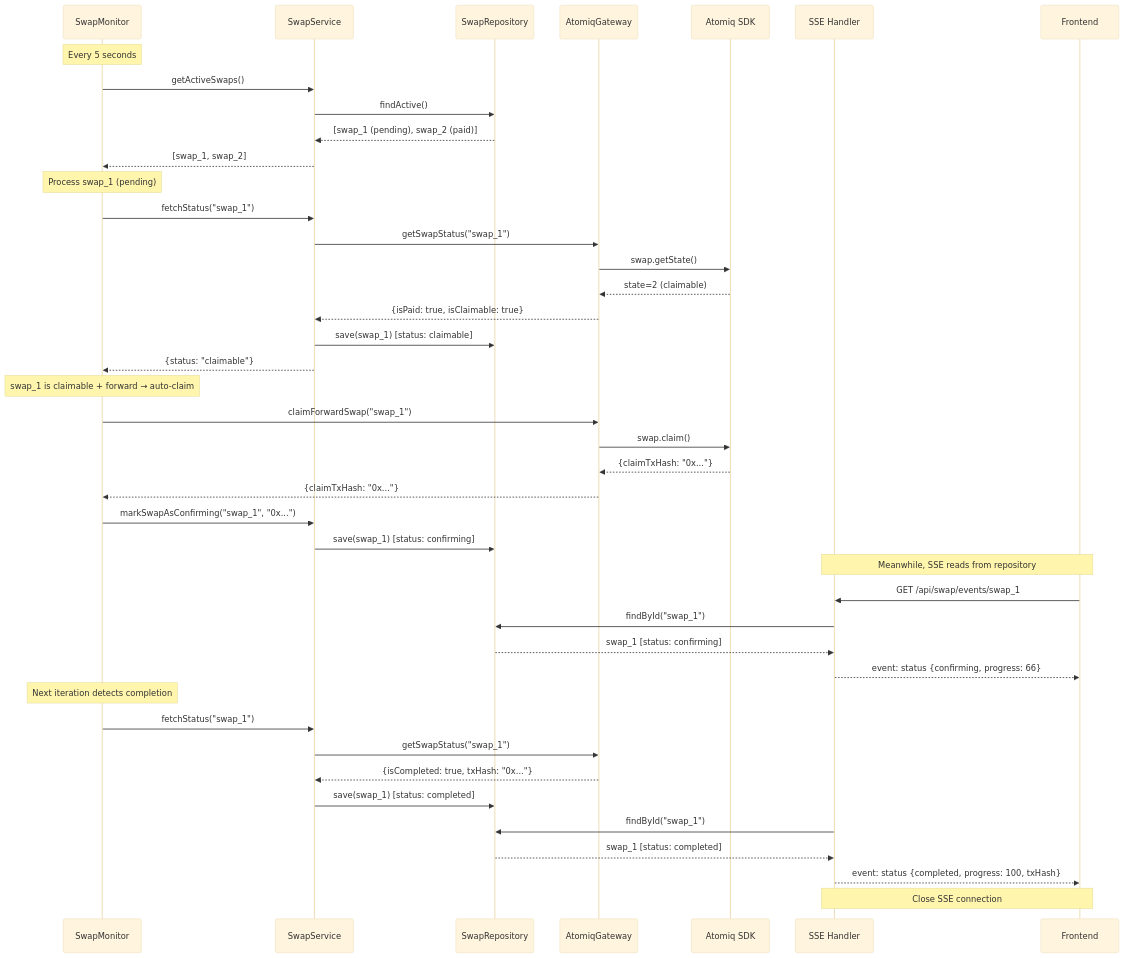
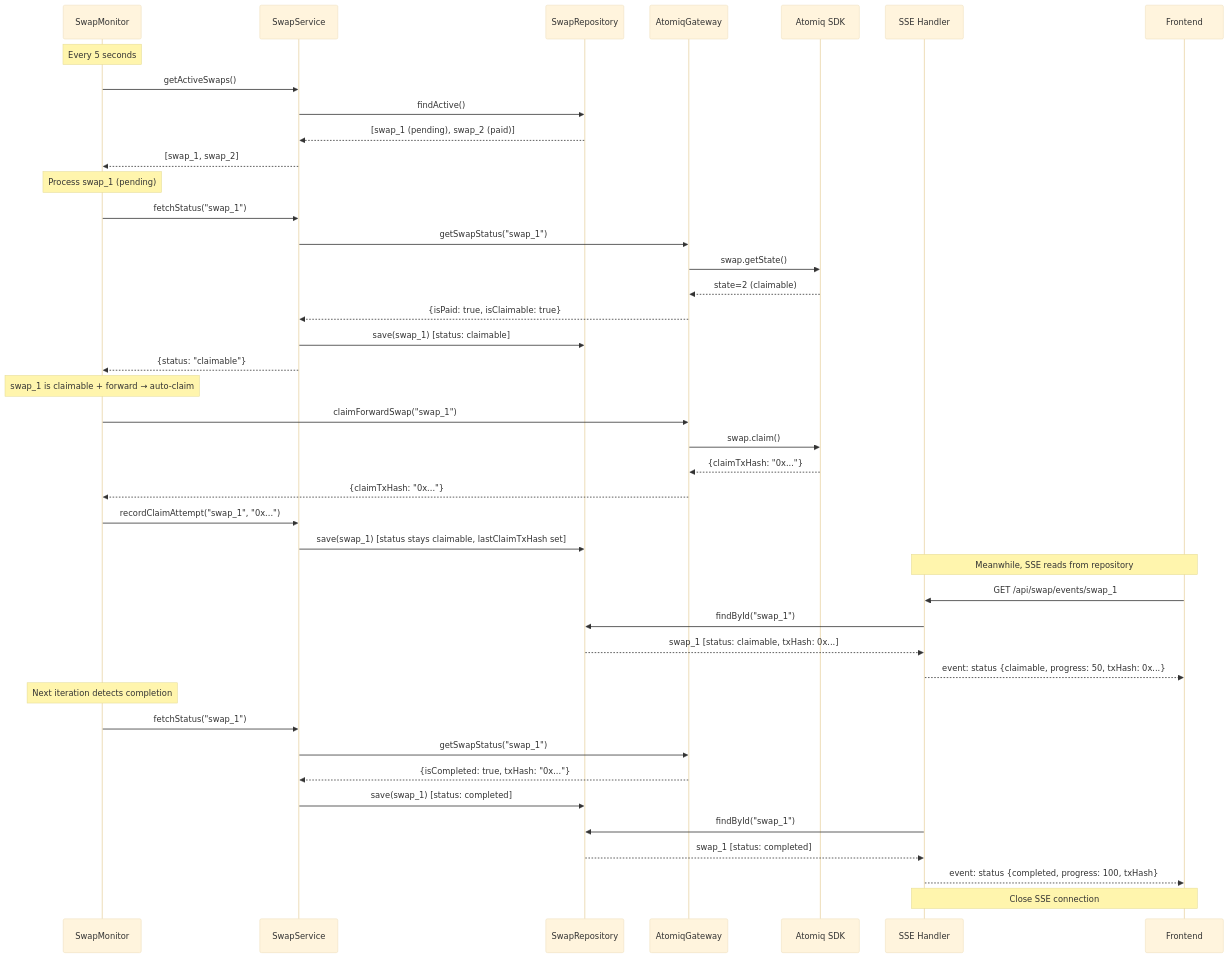
The diagram in doc/flow/swap-monitor.md (bitcoin-is-money/bim-app), drawn with Mermaid (base theme) before and after one commit. The commit also changed other lines of this file and 22 other files, not shown here.

First line of the commit message:
refactor(swap): remove BIM-only 'confirming' state, Atomiq is single source of truth

````diff
--- a/doc/flow/swap-monitor.md
+++ b/doc/flow/swap-monitor.md
@@ -266,51 +268,51 @@
 ```mermaid
 sequenceDiagram
     participant Monitor as SwapMonitor
     participant Service as SwapService
     participant Repo as SwapRepository
     participant Gateway as AtomiqGateway
     participant SDK as Atomiq SDK
     participant SSE as SSE Handler
     participant Client as Frontend
 
     Note over Monitor: Every 5 seconds
 
     Monitor->>Service: getActiveSwaps()
     Service->>Repo: findActive()
     Repo-->>Service: [swap_1 (pending), swap_2 (paid)]
     Service-->>Monitor: [swap_1, swap_2]
 
     Note over Monitor: Process swap_1 (pending)
     Monitor->>Service: fetchStatus("swap_1")
     Service->>Gateway: getSwapStatus("swap_1")
     Gateway->>SDK: swap.getState()
     SDK-->>Gateway: state=2 (claimable)
     Gateway-->>Service: {isPaid: true, isClaimable: true}
     Service->>Repo: save(swap_1) [status: claimable]
     Service-->>Monitor: {status: "claimable"}
 
     Note over Monitor: swap_1 is claimable + forward → auto-claim
     Monitor->>Gateway: claimForwardSwap("swap_1")
     Gateway->>SDK: swap.claim()
     SDK-->>Gateway: {claimTxHash: "0x..."}
     Gateway-->>Monitor: {claimTxHash: "0x..."}
-    Monitor->>Service: markSwapAsConfirming("swap_1", "0x...")
-    Service->>Repo: save(swap_1) [status: confirming]
+    Monitor->>Service: recordClaimAttempt("swap_1", "0x...")
+    Service->>Repo: save(swap_1) [status stays claimable, lastClaimTxHash set]
 
     Note over SSE,Client: Meanwhile, SSE reads from repository
     Client->>SSE: GET /api/swap/events/swap_1
     SSE->>Repo: findById("swap_1")
-    Repo-->>SSE: swap_1 [status: confirming]
-    SSE-->>Client: event: status {confirming, progress: 66}
+    Repo-->>SSE: swap_1 [status: claimable, txHash: 0x...]
+    SSE-->>Client: event: status {claimable, progress: 50, txHash: 0x...}
 
     Note over Monitor: Next iteration detects completion
     Monitor->>Service: fetchStatus("swap_1")
     Service->>Gateway: getSwapStatus("swap_1")
     Gateway-->>Service: {isCompleted: true, txHash: "0x..."}
     Service->>Repo: save(swap_1) [status: completed]
 
     SSE->>Repo: findById("swap_1")
     Repo-->>SSE: swap_1 [status: completed]
     SSE-->>Client: event: status {completed, progress: 100, txHash}
     Note over SSE,Client: Close SSE connection
 ```
````
